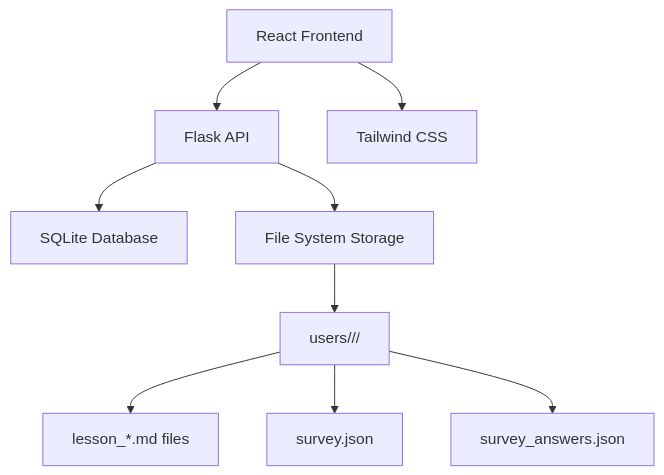
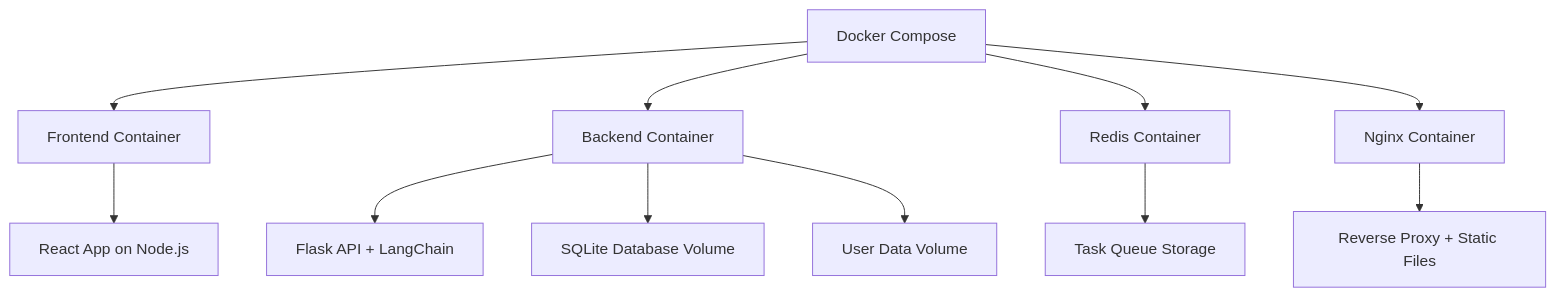
Before and after one commit to MikeHibbert/MindCoach: the fourth of 4 diagrams in .kiro/specs/personalized-learning-path-generator/design.md, drawn with Mermaid. The commit also changed other lines of this file and 11 other files, not shown here.

````diff
--- a/.kiro/specs/personalized-learning-path-generator/design.md
+++ b/.kiro/specs/personalized-learning-path-generator/design.md
@@ -11,11 +1072,14 @@
 ```mermaid
 graph TB
-    A[React Frontend] --> B[Flask API]
-    B --> C[SQLite Database]
-    B --> D[File System Storage]
-    D --> E[users/<user_id>/<subject>/]
-    E --> F[lesson_*.md files]
-    E --> G[survey.json]
-    E --> H[survey_answers.json]
-    A --> I[Tailwind CSS]
+    A[Docker Compose] --> B[Frontend Container]
+    A --> C[Backend Container]
+    A --> D[Redis Container]
+    A --> E[Nginx Container]
+    
+    B --> F[React App on Node.js]
+    C --> G[Flask API + LangChain]
+    C --> H[SQLite Database Volume]
+    C --> I[User Data Volume]
+    D --> J[Task Queue Storage]
+    E --> K[Reverse Proxy + Static Files]
 ```
````
